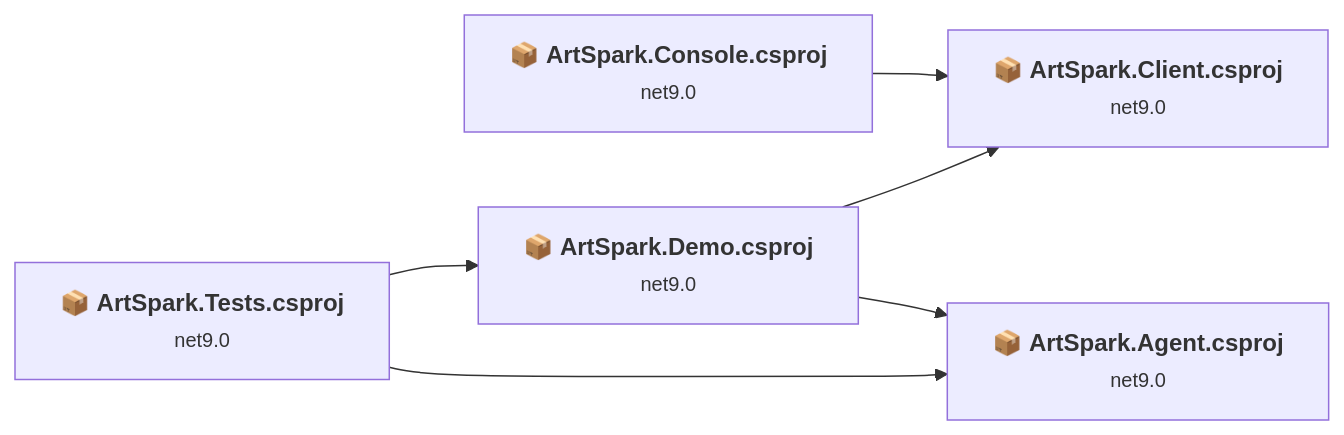
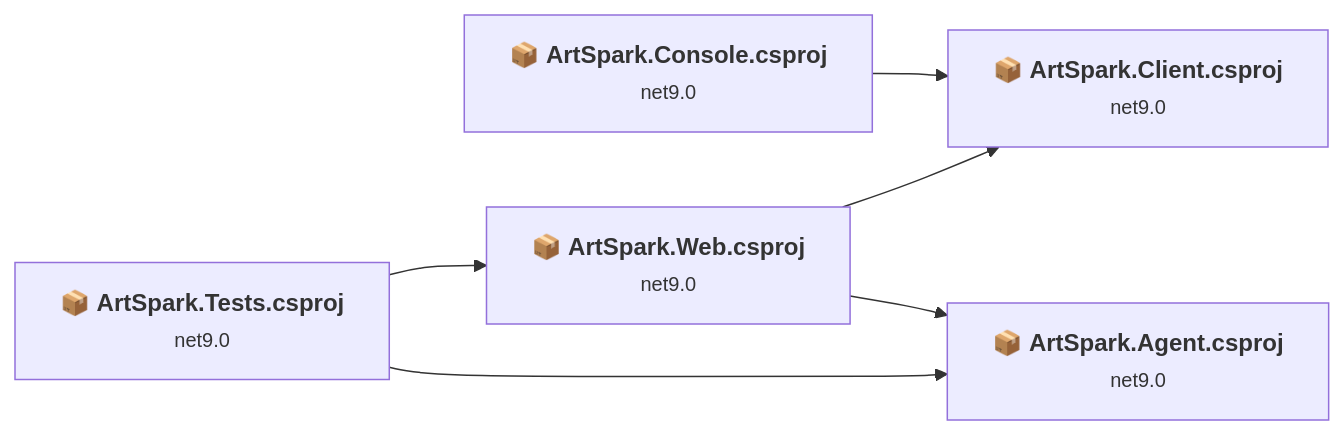
The first of 6 diagrams in .github/upgrades/assessment.md (MakeBoldSolutions/ArtSpark), drawn with Mermaid before and after one commit. The commit also changed other lines of this file and 145 other files, not shown here.

First line of the commit message:
Refactor user profile management to ArtSpark.Web

````diff
--- a/.github/upgrades/assessment.md
+++ b/.github/upgrades/assessment.md
@@ -24,19 +24,19 @@
 ```mermaid
 flowchart LR
     P1["<b>📦&nbsp;ArtSpark.Console.csproj</b><br/><small>net9.0</small>"]
     P2["<b>📦&nbsp;ArtSpark.Client.csproj</b><br/><small>net9.0</small>"]
-    P3["<b>📦&nbsp;ArtSpark.Demo.csproj</b><br/><small>net9.0</small>"]
+    P3["<b>📦&nbsp;ArtSpark.Web.csproj</b><br/><small>net9.0</small>"]
     P4["<b>📦&nbsp;ArtSpark.Agent.csproj</b><br/><small>net9.0</small>"]
     P5["<b>📦&nbsp;ArtSpark.Tests.csproj</b><br/><small>net9.0</small>"]
     P1 --> P2
     P3 --> P2
     P3 --> P4
     P5 --> P3
     P5 --> P4
     click P1 "#websparkartsparkconsolewebsparkartsparkconsolecsproj"
     click P2 "#websparkartsparkclientwebsparkartsparkclientcsproj"
     click P3 "#websparkartsparkdemowebsparkartsparkdemocsproj"
     click P4 "#websparkartsparkagentwebsparkartsparkagentcsproj"
     click P5 "#websparkartsparktestswebsparkartsparktestscsproj"
 
 ```
````
